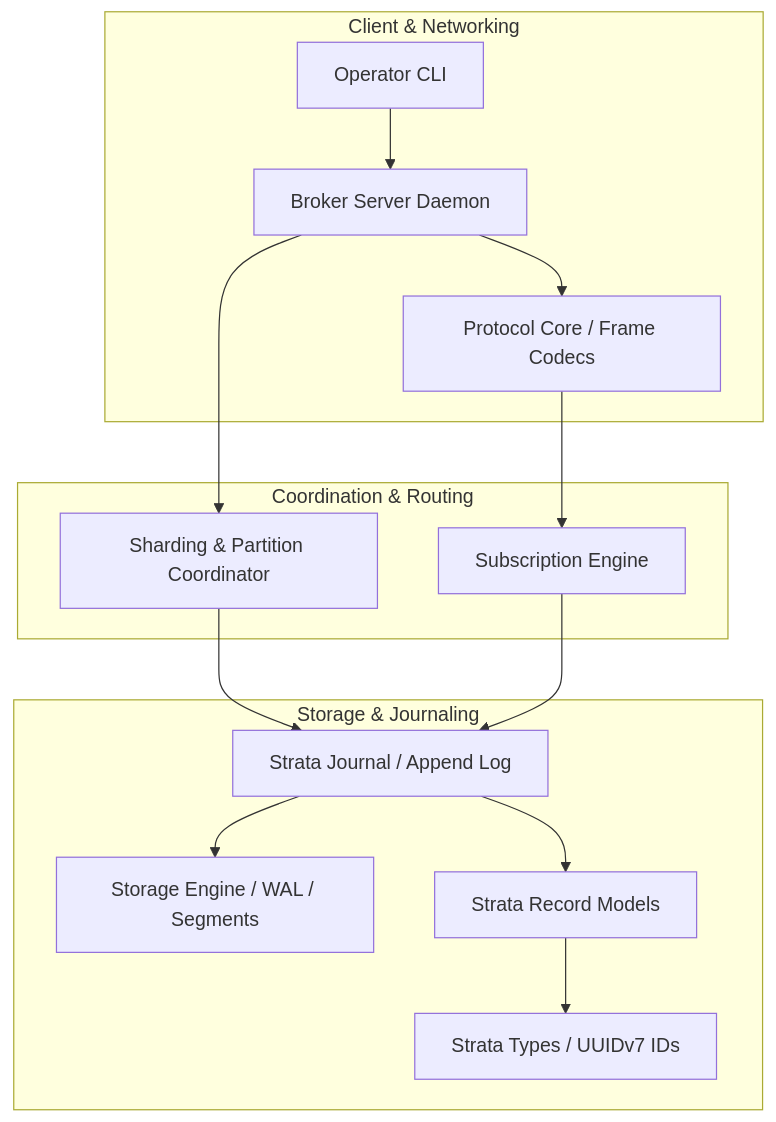
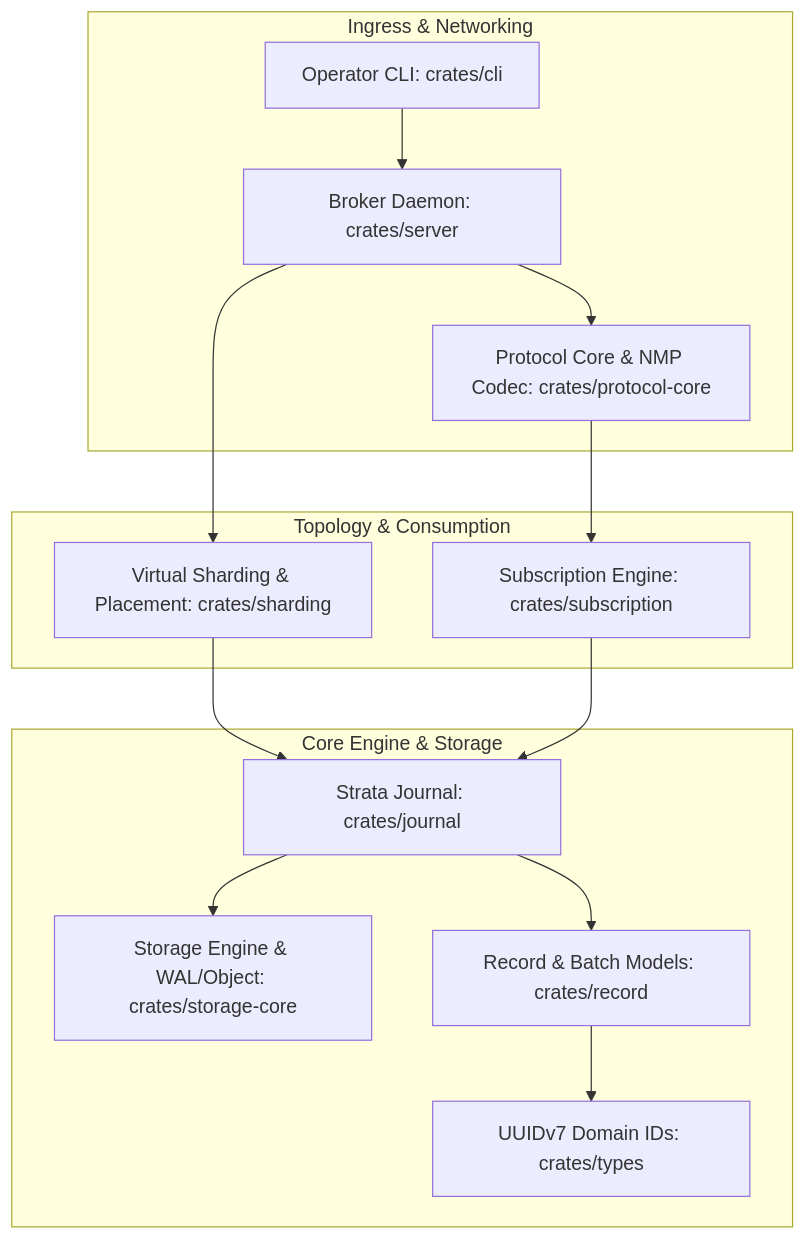
Before and after one commit to Amppire/stratamq: the first of 3 diagrams in docs/architecture/overview.md, drawn with Mermaid. The commit also changed other lines of this file and 38 other files, not shown here.

````diff
--- a/docs/architecture/overview.md
+++ b/docs/architecture/overview.md
@@ -9,30 +38,30 @@
 ```mermaid
 graph TD
-    subgraph Client & Networking
-        CLI[Operator CLI]
-        Server[Broker Server Daemon]
-        Protocol[Protocol Core / Frame Codecs]
+    subgraph Ingress & Networking
+        CLI[Operator CLI: crates/cli]
+        Server[Broker Daemon: crates/server]
+        Protocol[Protocol Core & NMP Codec: crates/protocol-core]
     end
 
-    subgraph Coordination & Routing
-        Sharding[Sharding & Partition Coordinator]
-        Subscription[Subscription Engine]
+    subgraph Topology & Consumption
+        Sharding[Virtual Sharding & Placement: crates/sharding]
+        Subscription[Subscription Engine: crates/subscription]
     end
 
-    subgraph Storage & Journaling
-        Journal[Strata Journal / Append Log]
-        StorageCore[Storage Engine / WAL / Segments]
-        Record[Strata Record Models]
-        Types[Strata Types / UUIDv7 IDs]
+    subgraph Core Engine & Storage
+        Journal[Strata Journal: crates/journal]
+        StorageCore[Storage Engine & WAL/Object: crates/storage-core]
+        Record[Record & Batch Models: crates/record]
+        Types[UUIDv7 Domain IDs: crates/types]
     end
 
     CLI --> Server
     Server --> Protocol
     Protocol --> Subscription
     Server --> Sharding
     Sharding --> Journal
     Subscription --> Journal
+    Journal --> StorageCore
     Journal --> Record
     Record --> Types
-    Journal --> StorageCore
 ```
````
